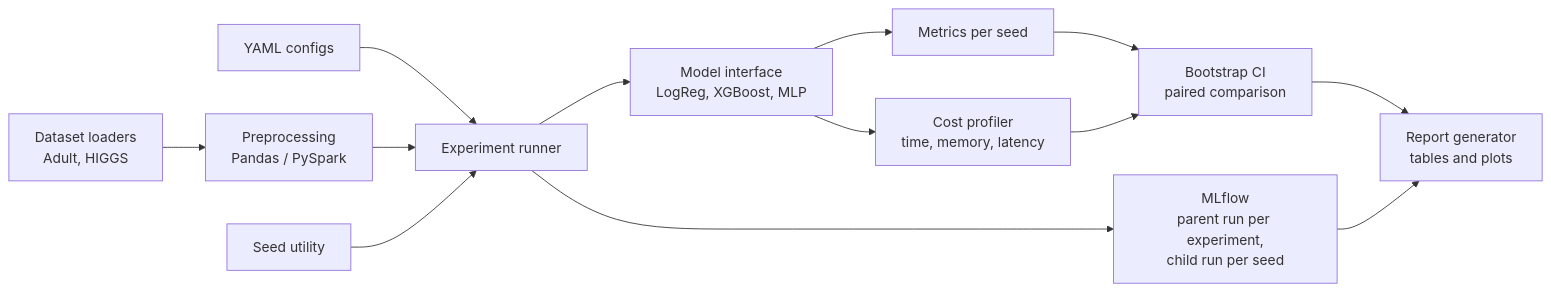
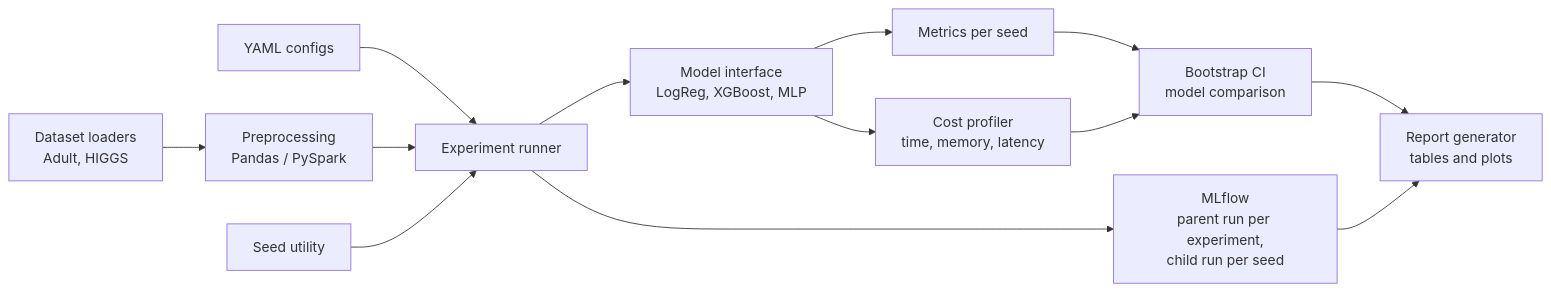
One commit to dishayayyy/mlbench changed the diagram in implementation.md. Above: the diagram before and after it, drawn with Mermaid. The commit also changed other lines of this file and 2 other files, not shown here.

````diff
--- a/implementation.md
+++ b/implementation.md
@@ -44,15 +45,15 @@
 ```mermaid
 flowchart LR
     CFG[YAML configs] --> RUN[Experiment runner]
     DATA[Dataset loaders<br/>Adult, HIGGS] --> PRE[Preprocessing<br/>Pandas / PySpark]
     PRE --> RUN
     RUN --> MODELS[Model interface<br/>LogReg, XGBoost, MLP]
     SEED[Seed utility] --> RUN
     MODELS --> EVAL[Metrics per seed]
     MODELS --> COST[Cost profiler<br/>time, memory, latency]
-    EVAL --> STATS[Bootstrap CI<br/>paired comparison]
+    EVAL --> STATS[Bootstrap CI<br/>model comparison]
     COST --> STATS
     RUN --> MLF[MLflow<br/>parent run per experiment,<br/>child run per seed]
     STATS --> REP[Report generator<br/>tables and plots]
     MLF --> REP
 ```
````
